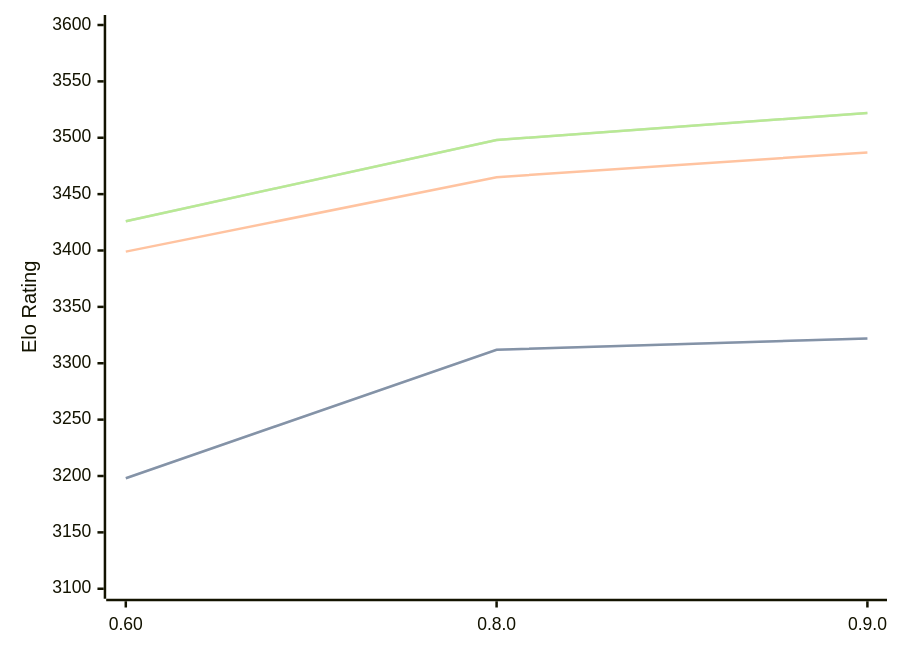
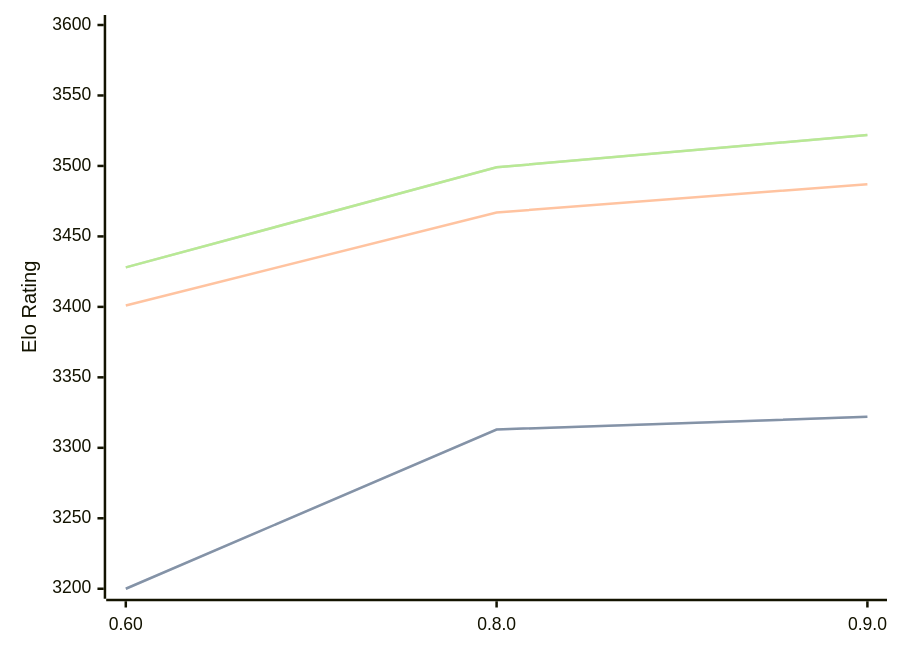
Before and after one commit to computer-chess-index/cci: the diagram in engines/Motor.md, drawn with Mermaid. The commit also changed other lines of this file, not shown here.

Commit message:
Update CCI Ratings (ELO VLTC) - 2026-07-25

````diff
--- a/engines/Motor.md
+++ b/engines/Motor.md
@@ -39,11 +39,11 @@
 ```mermaid
 %%{init: {"theme":"base","themeVariables":{"seriesColors:['#a3a3a3','#222221','#faa371']}}}%%
 xychart-beta
   x-axis ["0.60", "0.8.0", "0.9.0"]
-  y-axis "Elo Rating" 3100 --> 3600
-  line "STC (8.0+0.08s)" [3198, 3312, 3322]
-  line "STC (8.0+0.08s)" [3198, 3312, 3322]
-  line "LTC (60.0+0.60s)" [3399, 3465, 3487]
-  line "VLTC (2m24s+1.12s)" [3426, 3498, 3522]
-  line "VLTC (2m24s+1.12s)" [3426, 3498, 3522]
+  y-axis "Elo Rating" 3200 --> 3600
+  line "STC (8.0+0.08s)" [3200, 3313, 3322]
+  line "STC (8.0+0.08s)" [3200, 3313, 3322]
+  line "LTC (60.0+0.60s)" [3401, 3467, 3487]
+  line "VLTC (2m24s+1.12s)" [3428, 3499, 3522]
+  line "VLTC (2m24s+1.12s)" [3428, 3499, 3522]
 ```
````
